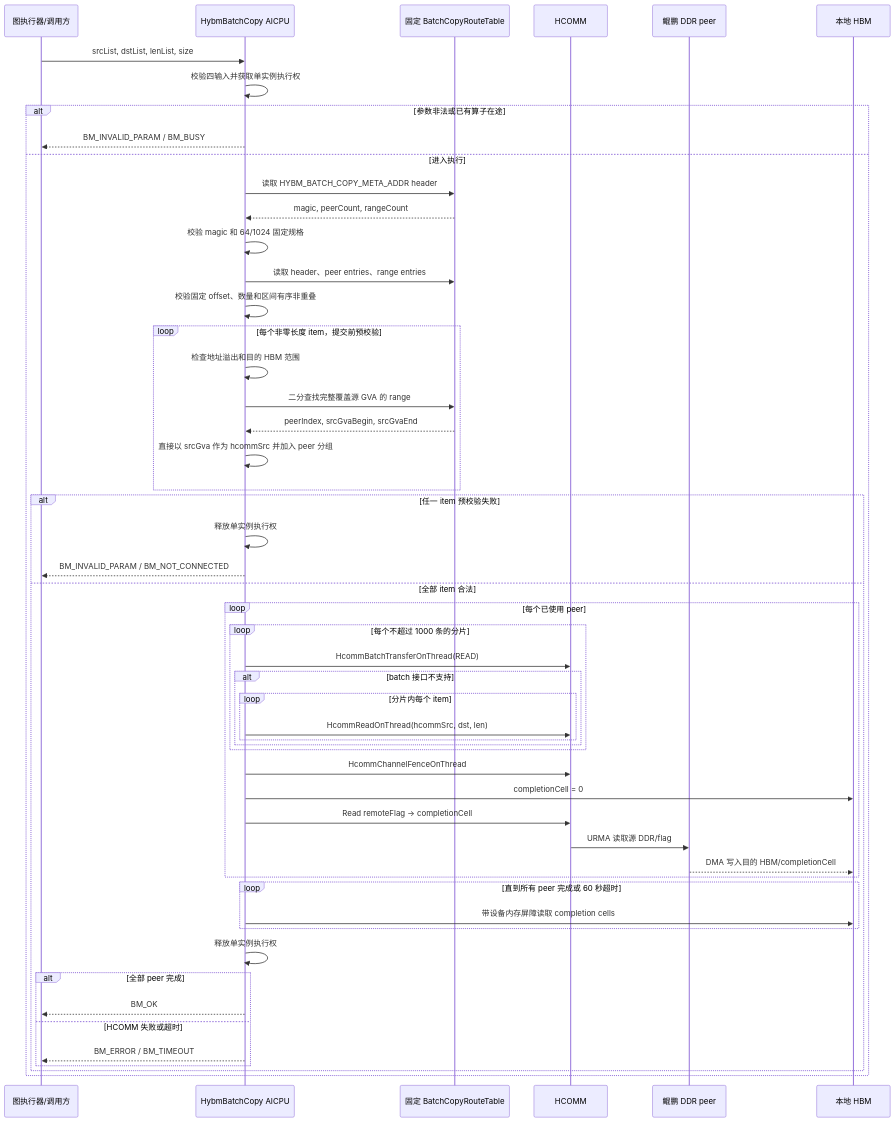
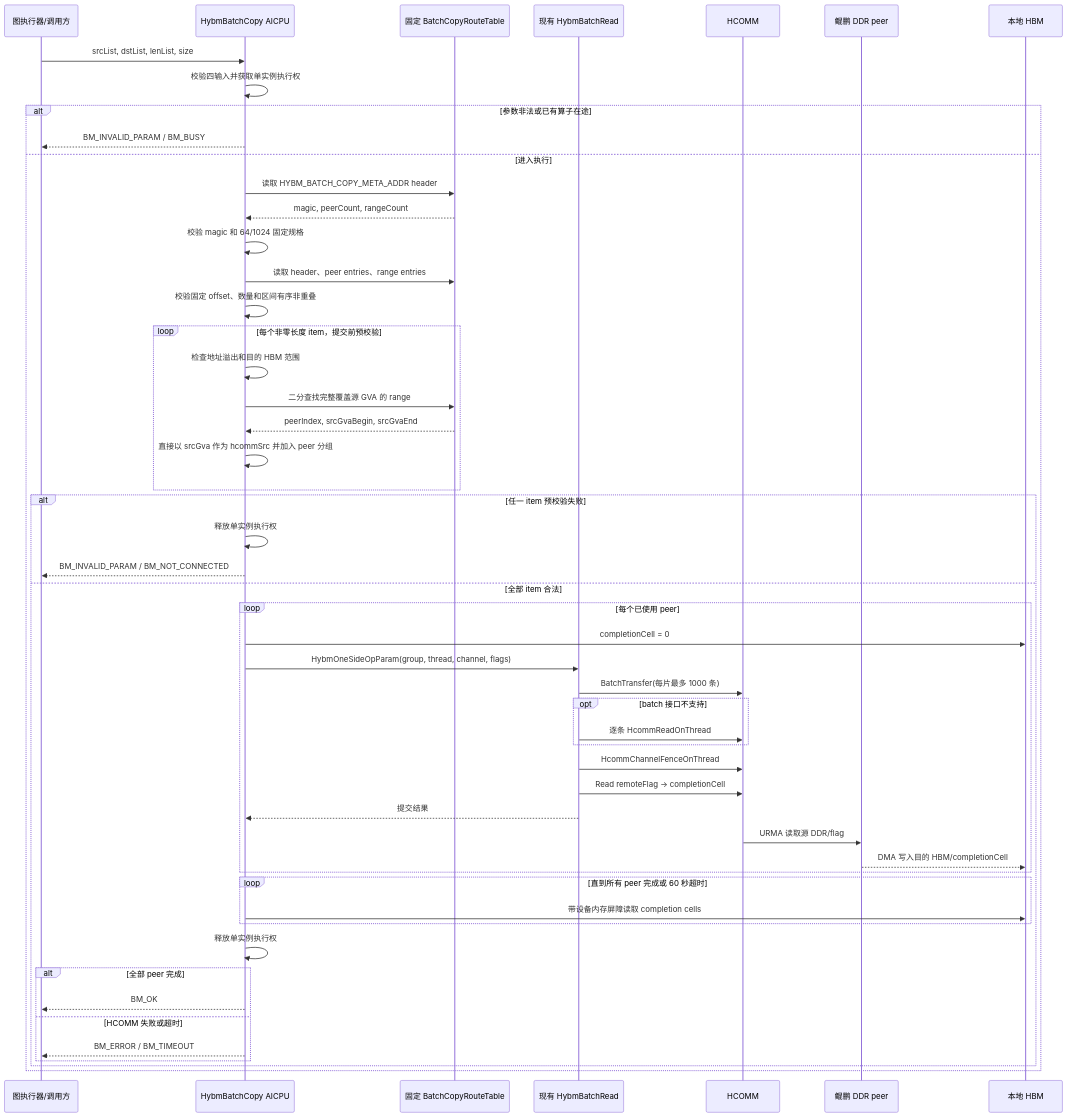
The third of 3 diagrams in doc/batch_copy_aicpu_urma_design.md (NoCoder0/memfabric_hybrid), drawn with Mermaid before and after one commit. The commit also changed other lines of this file, not shown here.

````diff
--- a/doc/batch_copy_aicpu_urma_design.md
+++ b/doc/batch_copy_aicpu_urma_design.md
@@ -482,56 +556,55 @@
 ```mermaid
 sequenceDiagram
     participant U as 图执行器/调用方
     participant O as HybmBatchCopy AICPU
     participant T as 固定 BatchCopyRouteTable
+    participant B as 现有 HybmBatchRead
     participant H as HCOMM
     participant P as 鲲鹏 DDR peer
     participant D as 本地 HBM
 
     U->>O: srcList, dstList, lenList, size
     O->>O: 校验四输入并获取单实例执行权
     alt 参数非法或已有算子在途
         O-->>U: BM_INVALID_PARAM / BM_BUSY
     else 进入执行
         O->>T: 读取 HYBM_BATCH_COPY_META_ADDR header
         T-->>O: magic, peerCount, rangeCount
         O->>O: 校验 magic 和 64/1024 固定规格
         O->>T: 读取 header、peer entries、range entries
         O->>O: 校验固定 offset、数量和区间有序非重叠
         loop 每个非零长度 item，提交前预校验
             O->>O: 检查地址溢出和目的 HBM 范围
             O->>T: 二分查找完整覆盖源 GVA 的 range
             T-->>O: peerIndex, srcGvaBegin, srcGvaEnd
             O->>O: 直接以 srcGva 作为 hcommSrc 并加入 peer 分组
         end
         alt 任一 item 预校验失败
             O->>O: 释放单实例执行权
             O-->>U: BM_INVALID_PARAM / BM_NOT_CONNECTED
         else 全部 item 合法
             loop 每个已使用 peer
-                loop 每个不超过 1000 条的分片
-                    O->>H: HcommBatchTransferOnThread(READ)
-                    alt batch 接口不支持
-                        loop 分片内每个 item
-                            O->>H: HcommReadOnThread(hcommSrc, dst, len)
-                        end
-                    end
+                O->>D: completionCell = 0
+                O->>B: HybmOneSideOpParam(group, thread, channel, flags)
+                B->>H: BatchTransfer(每片最多 1000 条)
+                opt batch 接口不支持
+                    B->>H: 逐条 HcommReadOnThread
                 end
-                O->>H: HcommChannelFenceOnThread
-                O->>D: completionCell = 0
-                O->>H: Read remoteFlag -> completionCell
+                B->>H: HcommChannelFenceOnThread
+                B->>H: Read remoteFlag -> completionCell
+                B-->>O: 提交结果
                 H->>P: URMA 读取源 DDR/flag
                 P-->>D: DMA 写入目的 HBM/completionCell
             end
             loop 直到所有 peer 完成或 60 秒超时
                 O->>D: 带设备内存屏障读取 completion cells
             end
             O->>O: 释放单实例执行权
             alt 全部 peer 完成
                 O-->>U: BM_OK
             else HCOMM 失败或超时
                 O-->>U: BM_ERROR / BM_TIMEOUT
             end
         end
     end
 ```
````
